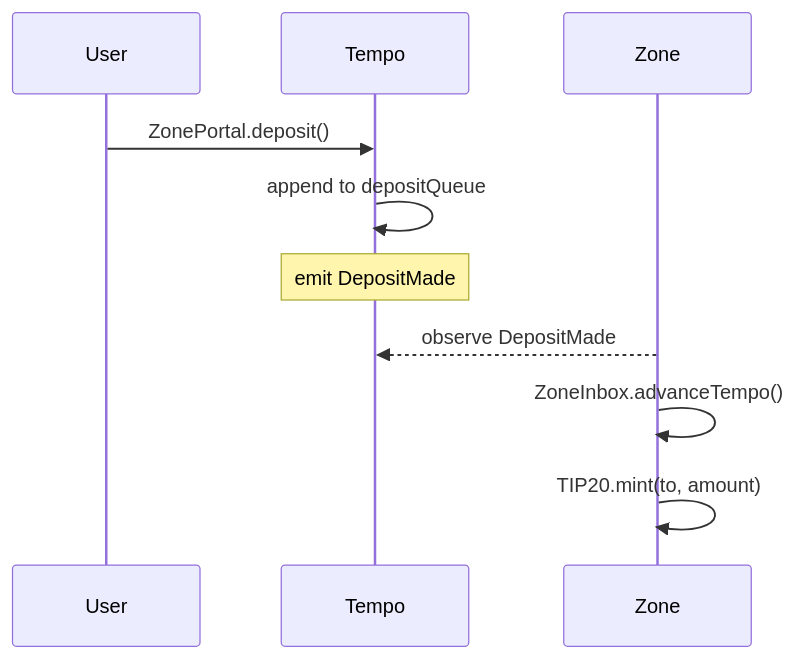
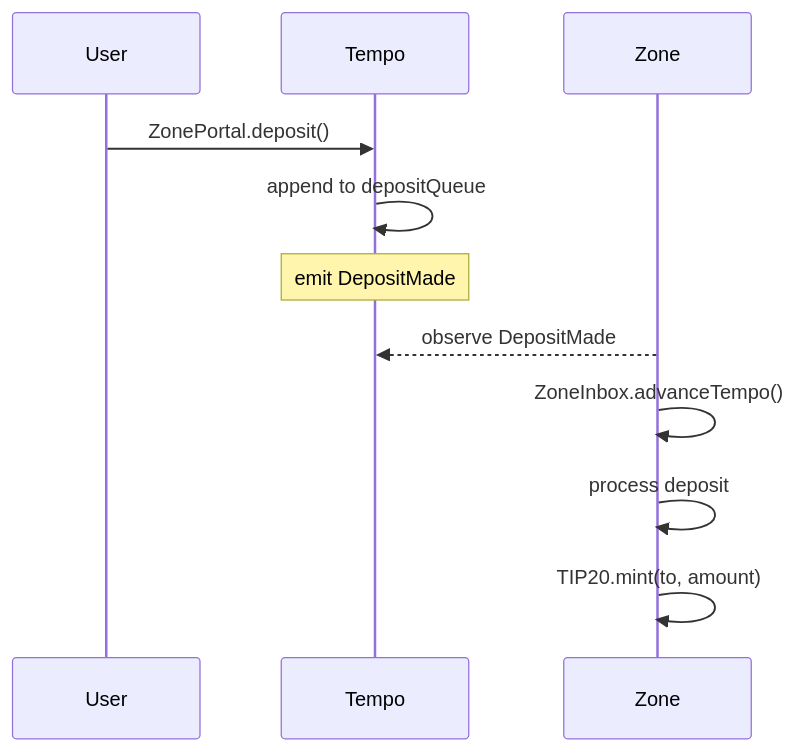
The second of 4 diagrams in docs/specs/zone_spec.md (tempoxyz/zones), drawn with Mermaid before and after one commit. The commit also changed other lines of this file, not shown here.

Commit message:
docs: diagram labels

````diff
--- a/docs/specs/zone_spec.md
+++ b/docs/specs/zone_spec.md
@@ -282,13 +282,14 @@
 ```mermaid
 sequenceDiagram
     participant U as User
     participant T as Tempo
     participant Z as Zone
 
     U->>T: ZonePortal.deposit()
     T->>T: append to depositQueue
     Note over T: emit DepositMade
     Z-->>T: observe DepositMade
     Z->>Z: ZoneInbox.advanceTempo()
+    Z->>Z: process deposit
     Z->>Z: TIP20.mint(to, amount)
 ```
````
